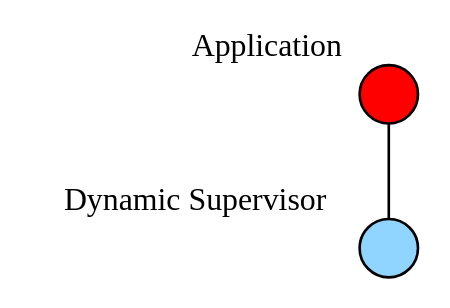
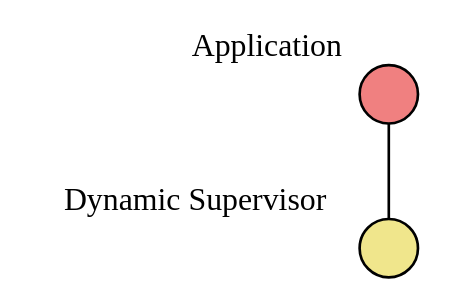
Before and after one commit to dont-rely-on-nulls/gambiconf-2025: diagram 12 of 18 in presentation.org, drawn with Graphviz. The commit also changed other lines of this file and 19 other files, not shown here.

```diff
--- a/presentation.org
+++ b/presentation.org
@@ -635,24 +635,24 @@
 #+BEGIN_SRC dot :file ./img/erlang_app_structure_iii_1.png :cmdline -Kdot -Tpng :exports results
 graph g {
   ratio=fill
   splines=spline
   overlap=scale
   
   node [
     label="", 
     xlabel="",
     shape=circle,
     fixedsize=true,
     width=0.3,
     color="black",
     fillcolor="white",
     style="filled,solid",
     fontsize=12
   ]
   
-  app [xlabel="Application", pos="1,1", fillcolor="red"]
-  sup [xlabel="Dynamic Supervisor", pos="1,1", fillcolor="#90D5FF"]
+  app [xlabel="Application", pos="1,1", fillcolor="lightcoral"]
+  sup [xlabel="Dynamic Supervisor", pos="1,1", fillcolor="khaki"]
 
   app -- sup
 }
 #+END_SRC
```
